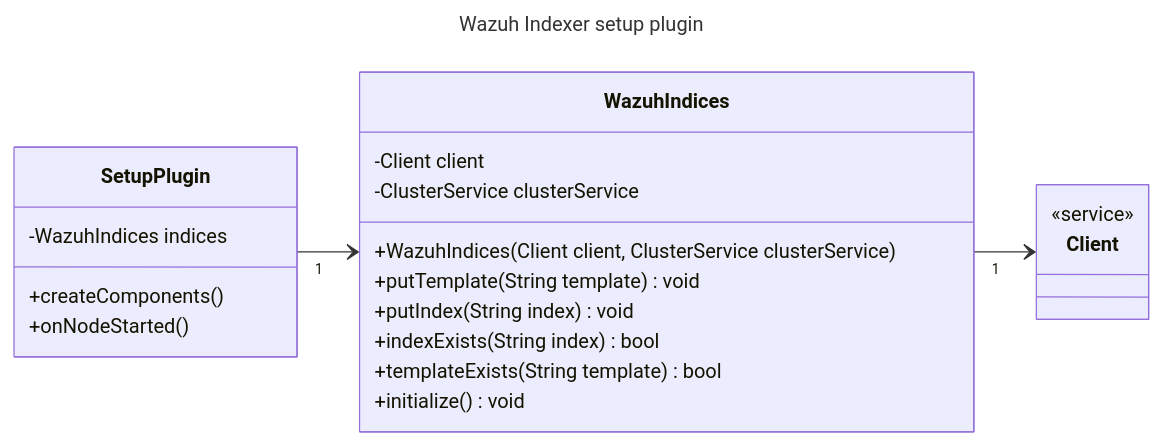
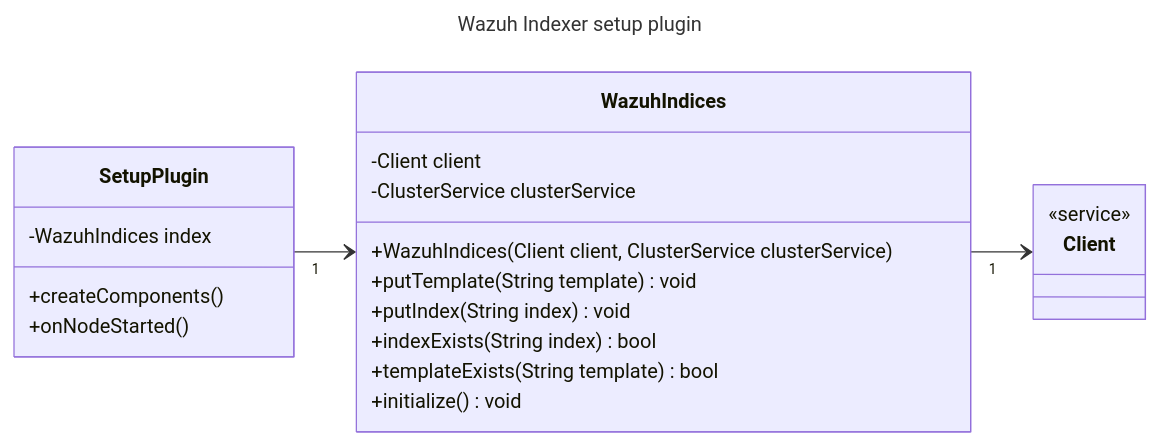
Before and after one commit to wazuh/wazuh-indexer-plugins: the second of 2 diagrams in docs/ref/modules/setup/architecture.md, drawn with Mermaid. The commit also changed other lines of this file and 13 other files, not shown here.

````diff
--- a/docs/ref/modules/setup/architecture.md
+++ b/docs/ref/modules/setup/architecture.md
@@ -64,23 +64,23 @@
 ```mermaid
 ---
 title: Wazuh Indexer setup plugin
 ---
 classDiagram
     direction LR
     SetupPlugin"1"-->WazuhIndices
     WazuhIndices"1"-->Client
     <<service>> Client
 
-    SetupPlugin : -WazuhIndices indices
+    SetupPlugin : -WazuhIndices index
     SetupPlugin : +createComponents()
     SetupPlugin : +onNodeStarted()
 
     WazuhIndices : -Client client
     WazuhIndices : -ClusterService clusterService
     WazuhIndices : +WazuhIndices(Client client, ClusterService clusterService)
     WazuhIndices : +putTemplate(String template) void
     WazuhIndices : +putIndex(String index) void
     WazuhIndices : +indexExists(String index) bool
     WazuhIndices : +templateExists(String template) bool
     WazuhIndices : +initialize() void
 ```
````
